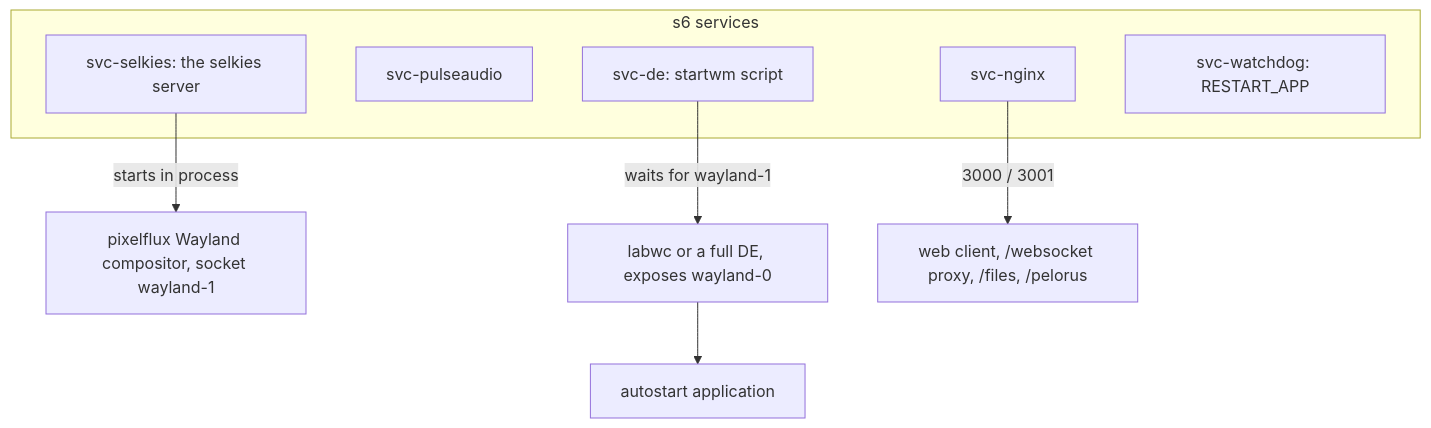
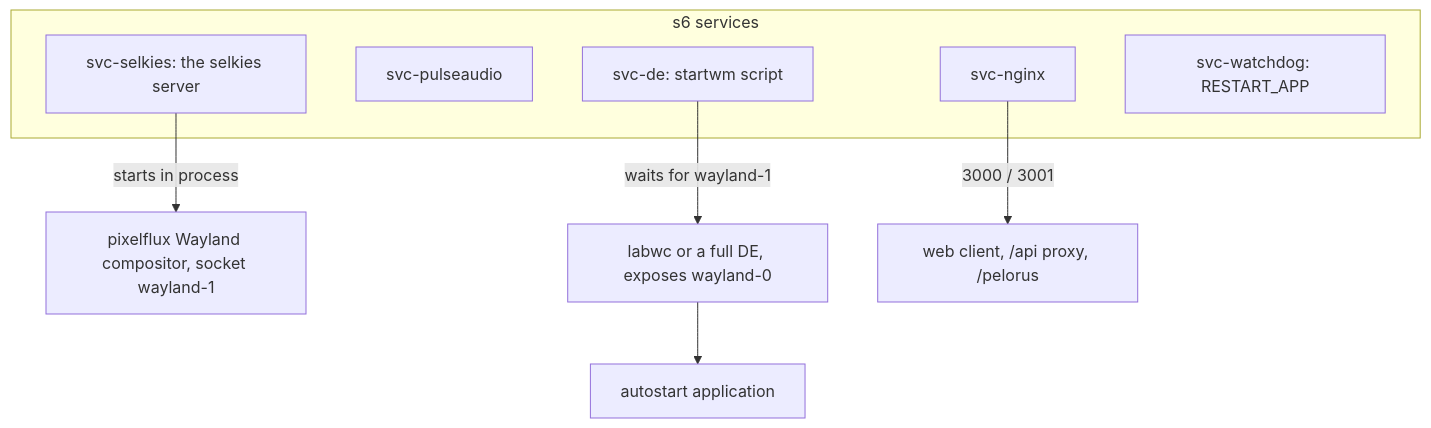
One commit to linuxserver/docker-documentation changed the diagram in docs/selkies/components/baseimages.md. Above: the diagram before and after it, drawn with Mermaid. The commit also changed 12 other files, not shown here.

````diff
--- a/docs/selkies/components/baseimages.md
+++ b/docs/selkies/components/baseimages.md
@@ -38,14 +38,14 @@
 ```mermaid
 graph TD
     subgraph s6 services
         NGINX[svc-nginx]
         PULSE[svc-pulseaudio]
         SELKIES[svc-selkies: the selkies server]
         DE[svc-de: startwm script]
         WD[svc-watchdog: RESTART_APP]
     end
     SELKIES -->|starts in process| PF[pixelflux Wayland compositor, socket wayland-1]
     DE -->|waits for wayland-1| LABWC[labwc or a full DE, exposes wayland-0]
     LABWC --> APP[autostart application]
-    NGINX -->|3000 / 3001| WEB[web client, /websocket proxy, /files, /pelorus]
+    NGINX -->|3000 / 3001| WEB[web client, /api proxy, /pelorus]
 ```
````
